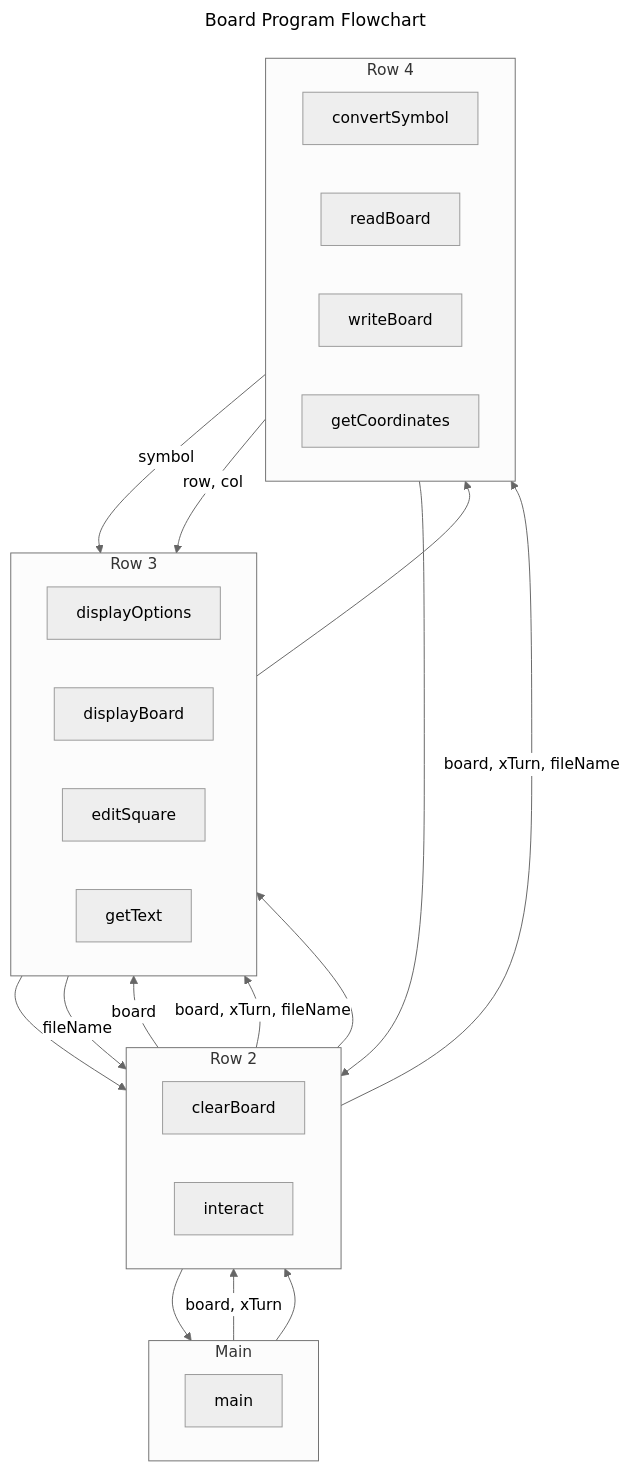
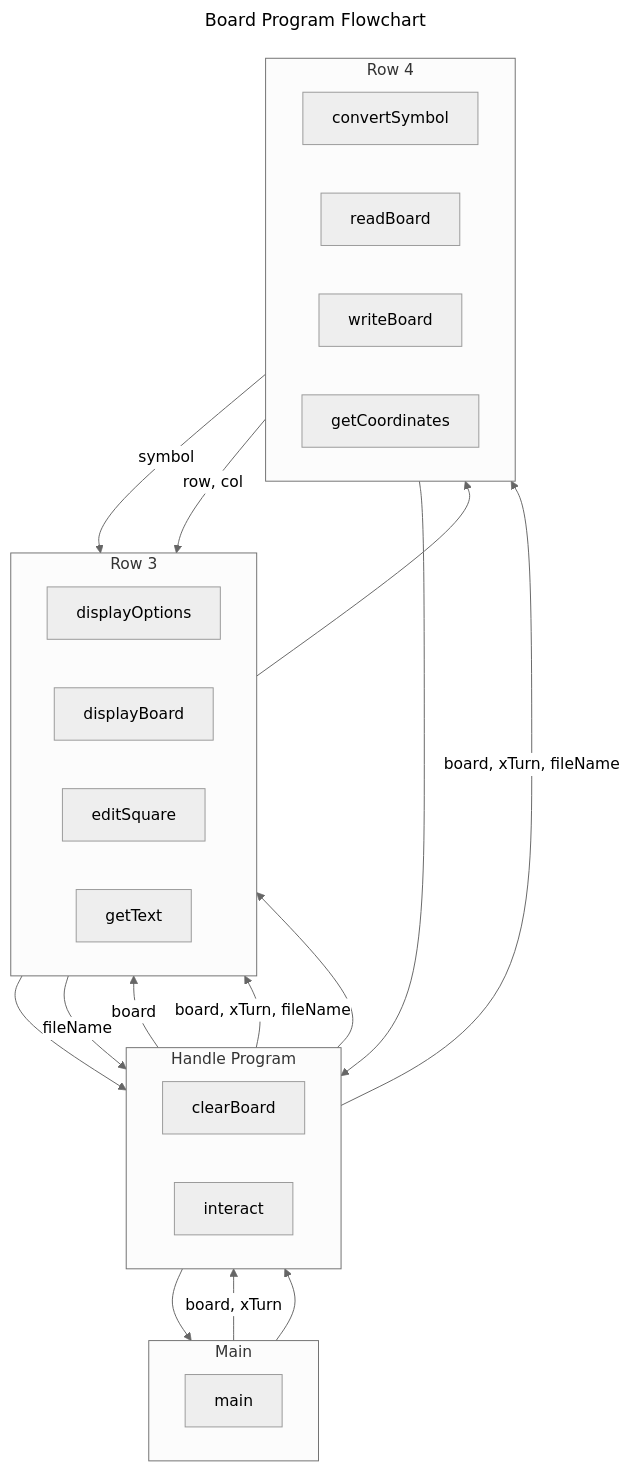
One commit to ehrrsn7/object-oriented-programming changed the diagram in cpp/Unit-1/Chapter-1.0/1.0-Design-Documents.ai.md. Above: the diagram before and after it, drawn with Mermaid (neutral theme).

Commit message:
🤖 AI C21913i11:13 AM: ${AMi8e51AMge} | ${7AM11:13 AMe}

```diff
--- a/cpp/Unit-1/Chapter-1.0/1.0-Design-Documents.ai.md
+++ b/cpp/Unit-1/Chapter-1.0/1.0-Design-Documents.ai.md
@@ -196,55 +196,55 @@
 :::mermaid
 ---
 title: Board Program Flowchart
 layout: hierarchical
 flowchart:
    htmlLabels: false
 ---
 flowchart TB
    subgraph subGraph1["Main"]
       direction LR
 
       main["main"]
    end
 
-   subgraph subGraph2["Row 2"]
+   subgraph subGraph2["Handle Program"]
       direction RL
 
       clearBoard["clearBoard"]
       interact["interact"]
    end
 
    subgraph subGraph3["Row 3"]
       direction LR
 
       displayOptions["displayOptions"]
       displayBoard["displayBoard"]
       editSquare["editSquare"]
       getText["getText"]
    end
 
    subgraph subGraph4["Row 4"]
       direction LR
 
       convertSymbol["convertSymbol"]
       readBoard["readBoard"]
       writeBoard["writeBoard"]
       getCoordinates["getCoordinates"]
    end
 
    main -->|board, xTurn| interact
 
    clearBoard --> main
    
    displayOptions --> interact
    interact -->|board| displayBoard
    readBoard --> interact
    interact -->|board, xTurn, fileName| writeBoard
    interact -->|board, xTurn, fileName| editSquare
    getText -->|fileName| interact
 
    convertSymbol -->|symbol| displayBoard
    getCoordinates -->|row, col| editSquare
 
    subGraph1 --> subGraph2 --> subGraph3 --> subGraph4
 :::
```
